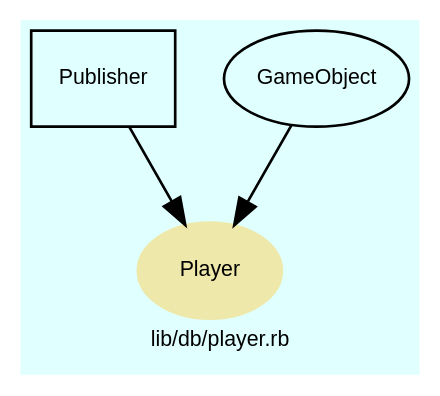
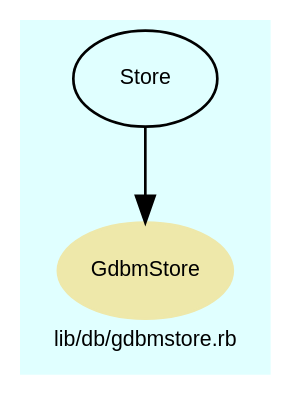
The diagram in doc/dot/f_39.dot (Tyche/teensymud), drawn with Graphviz before and after one commit. The commit also changed 198 other files, not shown here.

```diff
--- a/doc/dot/f_39.dot
+++ b/doc/dot/f_39.dot
@@ -1,41 +1,31 @@
 digraph TopLevel {
     compound = true
     bgcolor = lightcyan1
     fontname = Arial
     fontsize = 8
-    label = "lib/db/player.rb"
+    label = "lib/db/gdbmstore.rb"
     node [
         fontname = Arial,
         fontsize = 8,
         color = black
     ]
 
-    Player [
+    GdbmStore [
         fontcolor = black,
-        URL = "classes/Player.html",
+        URL = "classes/GdbmStore.html",
         shape = ellipse,
         color = palegoldenrod,
         style = filled,
-        label = "Player"
+        label = "GdbmStore"
     ]
 
-    Publisher [
-        URL = "classes/Publisher.html",
-        shape = box,
-        label = "Publisher"
+    Store [
+        URL = "classes/Store.html",
+        label = "Store"
     ]
 
-    Publisher -> Player [
-
-    ]
-
-    GameObject [
-        URL = "classes/GameObject.html",
-        label = "GameObject"
-    ]
-
-    GameObject -> Player [
+    Store -> GdbmStore [
 
     ]
 
 }
```
